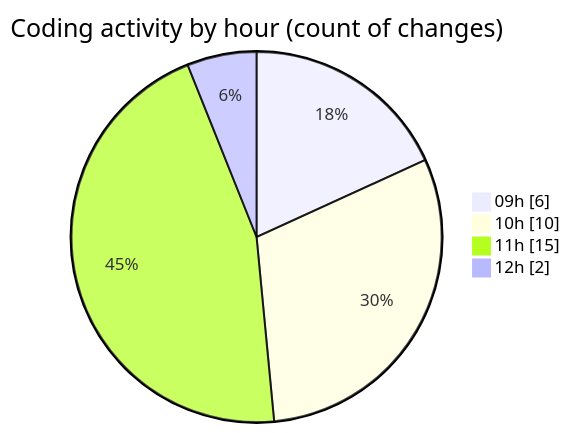
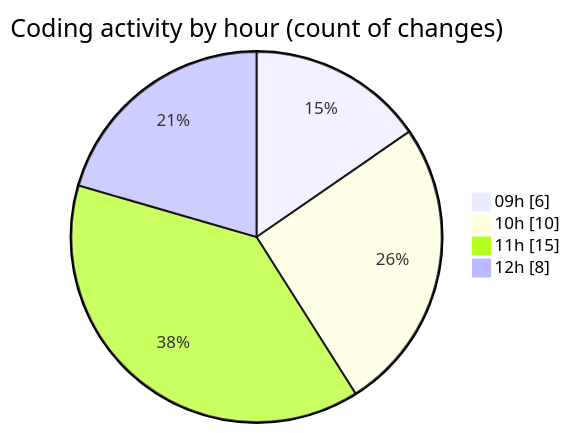
The second of 2 diagrams in 2025-06-04/cda/README.md (momahboobian/code-tracking), drawn with Mermaid before and after one commit. The commit also changed other lines of this file and 1 other file, not shown here.

````diff
--- a/2025-06-04/cda/README.md
+++ b/2025-06-04/cda/README.md
@@ -31,8 +31,8 @@
 ```mermaid
 pie showData
 title Coding activity by hour (count of changes)
 "09h" : 6
 "10h" : 10
 "11h" : 15
-"12h" : 2
+"12h" : 8
 ```
````
